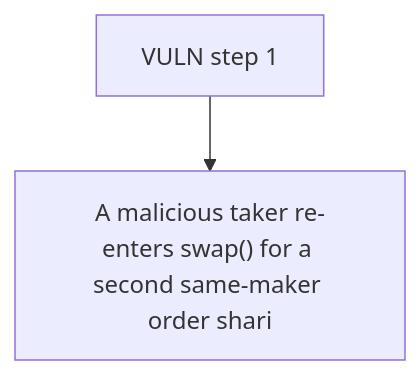
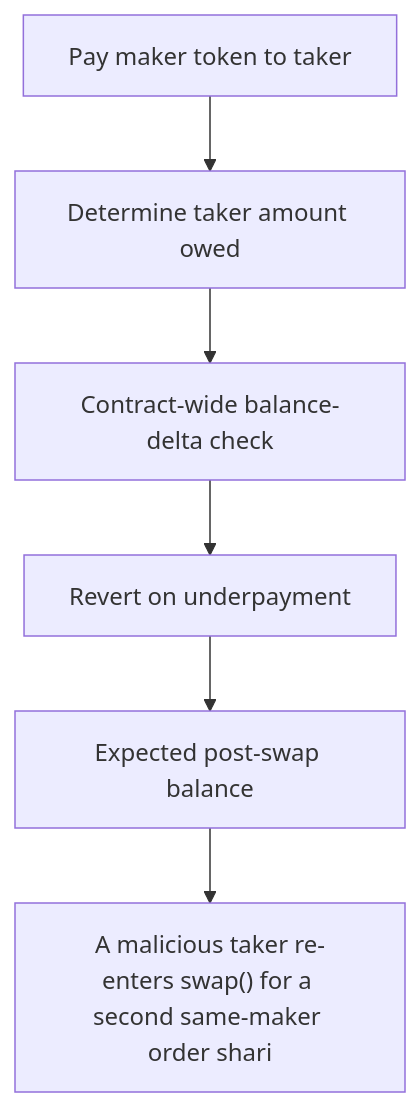
One commit to sanbir/evm-hack-registry changed the diagram in 63500-double-order-attack-via-callback-mechanism-mixbytes-none-bar_exp/63500-double-order-attack-via-callback-mechanism-mixbytes-none-bar_exp.md. Above: the diagram before and after it, drawn with Mermaid. The commit also changed other lines of this file and 79 other files, not shown here.

````diff
--- a/63500-double-order-attack-via-callback-mechanism-mixbytes-none-bar_exp/63500-double-order-attack-via-callback-mechanism-mixbytes-none-bar_exp.md
+++ b/63500-double-order-attack-via-callback-mechanism-mixbytes-none-bar_exp/63500-double-order-attack-via-callback-mechanism-mixbytes-none-bar_exp.md
@@ -28,6 +28,14 @@
 ```mermaid
 flowchart TD
-  S0["VULN step 1"]
+  S0["Pay maker token to taker"]
+  S1["Determine taker amount owed"]
+  S2["Contract-wide balance-delta check"]
+  S3["Revert on underpayment"]
+  S4["Expected post-swap balance"]
   H["A malicious taker re-enters swap() for a second same-maker order shari"]
-  S0 --> H
+  S0 --> S1
+  S1 --> S2
+  S2 --> S3
+  S3 --> S4
+  S4 --> H
 ```
````
